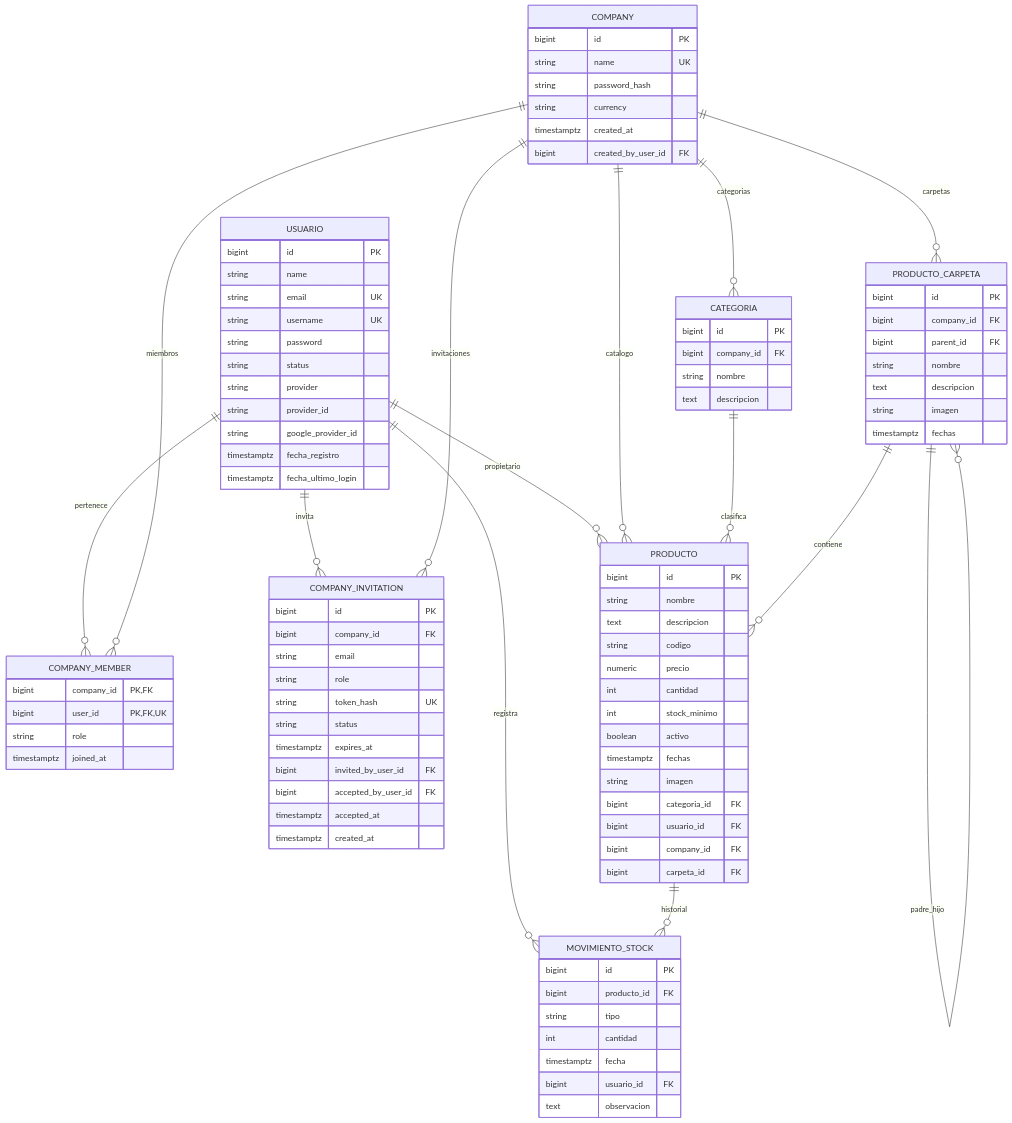
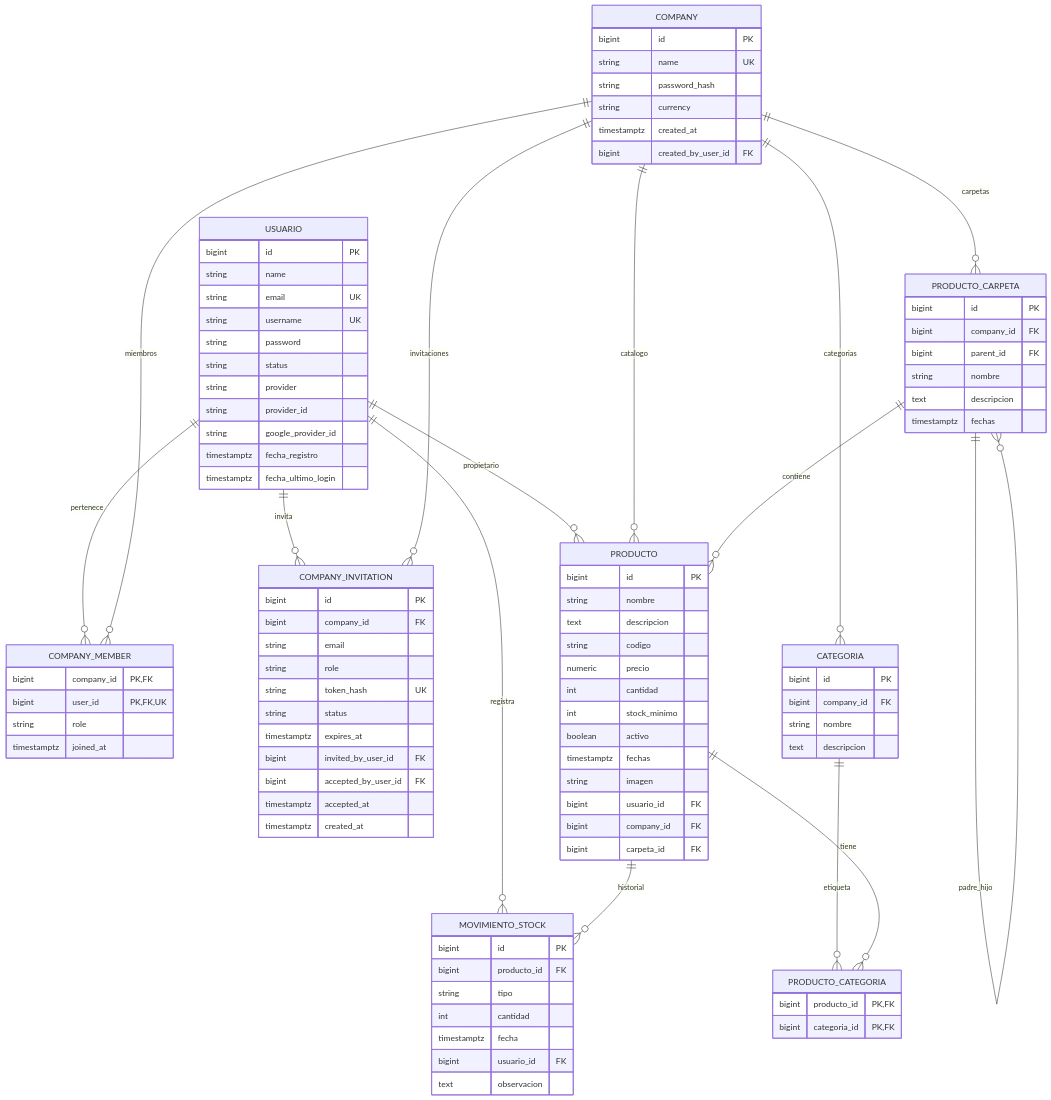
Before and after one commit to Cheng17415/StoRy: the first of 9 diagrams in documentacion/StoRy-guia-tecnica.md, drawn with Mermaid. The commit also changed other lines of this file and 1 other file, not shown here.

```diff
--- a/documentacion/StoRy-guia-tecnica.md
+++ b/documentacion/StoRy-guia-tecnica.md
@@ -43,12 +44,18 @@
     COMPANY ||--o{ PRODUCTO_CARPETA : carpetas
     COMPANY ||--o{ CATEGORIA : categorias
 
-    CATEGORIA ||--o{ PRODUCTO : clasifica
+    CATEGORIA ||--o{ PRODUCTO_CATEGORIA : etiqueta
+    PRODUCTO ||--o{ PRODUCTO_CATEGORIA : tiene
 
     PRODUCTO_CARPETA ||--o{ PRODUCTO_CARPETA : padre_hijo
     PRODUCTO_CARPETA ||--o{ PRODUCTO : contiene
 
     PRODUCTO ||--o{ MOVIMIENTO_STOCK : historial
+
+    PRODUCTO_CATEGORIA {
+        bigint producto_id PK,FK
+        bigint categoria_id PK,FK
+    }
 
     USUARIO {
         bigint id PK
@@ -112,7 +119,6 @@
         boolean activo
         timestamptz fechas
         string imagen
-        bigint categoria_id FK
         bigint usuario_id FK
         bigint company_id FK
         bigint carpeta_id FK
@@ -124,7 +130,6 @@
         bigint parent_id FK
         string nombre
         text descripcion
-        string imagen
         timestamptz fechas
     }
 
```
